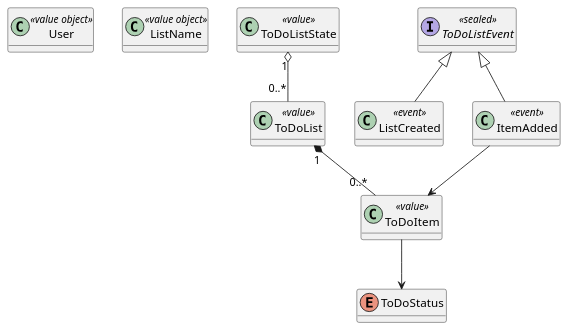
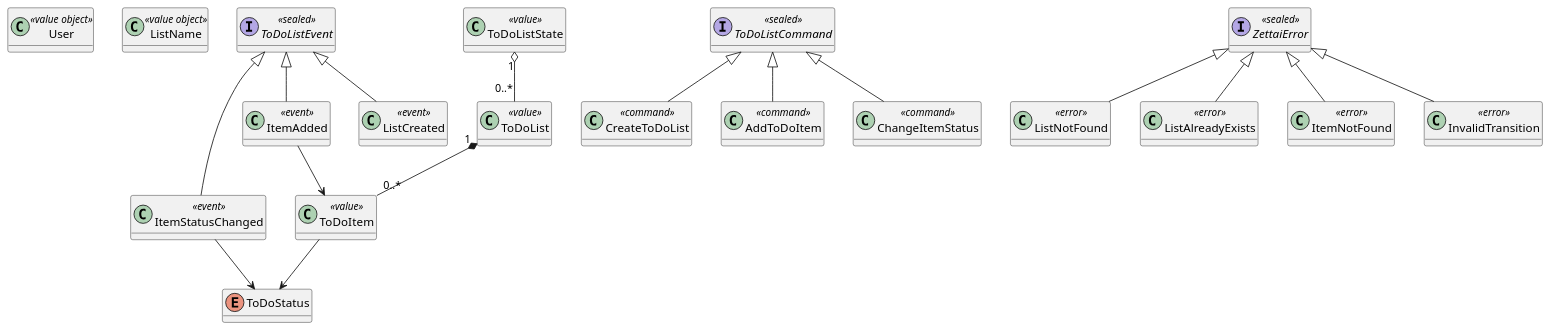
The fourth of 4 diagrams in docs/design/domain-model.md (k2works/from-objects-to-functions-excersice), drawn with PlantUML before and after one commit. The commit also changed other lines of this file and 17 other files, not shown here.

````diff
--- a/docs/design/domain-model.md
+++ b/docs/design/domain-model.md
@@ -481,22 +484,41 @@
 ```plantuml
 @startuml
 hide methods
 
 class User <<value object>>
 class ListName <<value object>>
 class ToDoItem <<value>>
 enum ToDoStatus
 class ToDoList <<value>>
 class ToDoListState <<value>>
 interface ToDoListEvent <<sealed>>
 class ListCreated <<event>>
 class ItemAdded <<event>>
+class ItemStatusChanged <<event>>
+interface ToDoListCommand <<sealed>>
+class CreateToDoList <<command>>
+class AddToDoItem <<command>>
+class ChangeItemStatus <<command>>
+interface ZettaiError <<sealed>>
+class ListNotFound <<error>>
+class ListAlreadyExists <<error>>
+class ItemNotFound <<error>>
+class InvalidTransition <<error>>
 
 ToDoList "1" *-- "0..*" ToDoItem
 ToDoItem --> ToDoStatus
 ToDoListState "1" o-- "0..*" ToDoList
 ToDoListEvent <|-- ListCreated
 ToDoListEvent <|-- ItemAdded
+ToDoListEvent <|-- ItemStatusChanged
+ToDoListCommand <|-- CreateToDoList
+ToDoListCommand <|-- AddToDoItem
+ToDoListCommand <|-- ChangeItemStatus
+ZettaiError <|-- ListNotFound
+ZettaiError <|-- ListAlreadyExists
+ZettaiError <|-- ItemNotFound
+ZettaiError <|-- InvalidTransition
 ItemAdded --> ToDoItem
+ItemStatusChanged --> ToDoStatus
 @enduml
 ```
````
